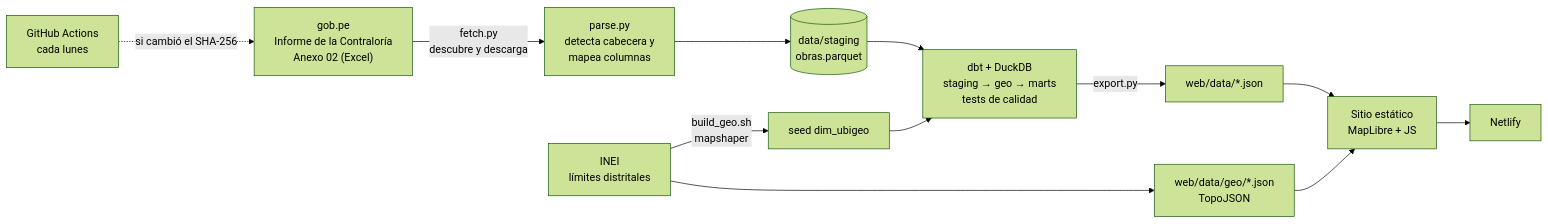
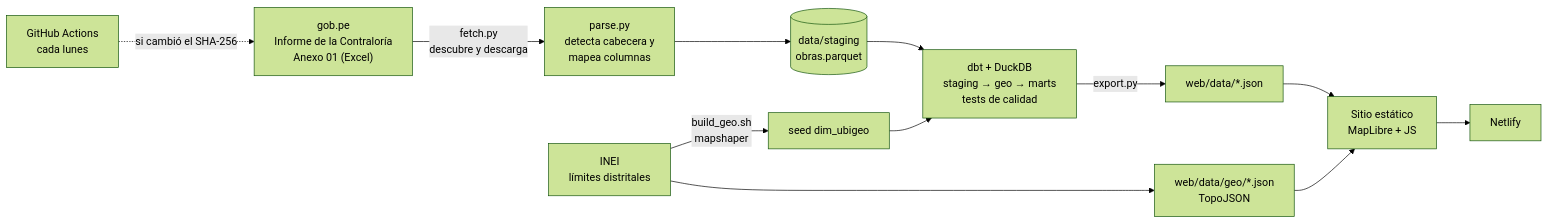
Before and after one commit to Key-qr/obra-parada: the diagram in README.md, drawn with Mermaid (forest theme). The commit also changed other lines of this file and 10 other files, not shown here.

First line of the commit message:
la lista de obras es el Anexo N.° 01 en el informe a junio 2026

````diff
--- a/README.md
+++ b/README.md
@@ -57,14 +57,14 @@
 ```mermaid
 flowchart LR
-    A["gob.pe<br/>Informe de la Contraloría<br/>Anexo 02 (Excel)"] -->|"fetch.py<br/>descubre y descarga"| B["parse.py<br/>detecta cabecera y<br/>mapea columnas"]
+    A["gob.pe<br/>Informe de la Contraloría<br/>Anexo 01 (Excel)"] -->|"fetch.py<br/>descubre y descarga"| B["parse.py<br/>detecta cabecera y<br/>mapea columnas"]
     B --> C[("data/staging<br/>obras.parquet")]
     G["INEI<br/>límites distritales"] -->|"build_geo.sh<br/>mapshaper"| S["seed dim_ubigeo"]
     C --> D["dbt + DuckDB<br/>staging → geo → marts<br/>tests de calidad"]
     S --> D
     D -->|"export.py"| E["web/data/*.json"]
     G --> T["web/data/geo/*.json<br/>TopoJSON"]
     E --> W["Sitio estático<br/>MapLibre + JS"]
     T --> W
     W --> N["Netlify"]
     GH["GitHub Actions<br/>cada lunes"] -.->|"si cambió el SHA-256"| A
 ```
````
